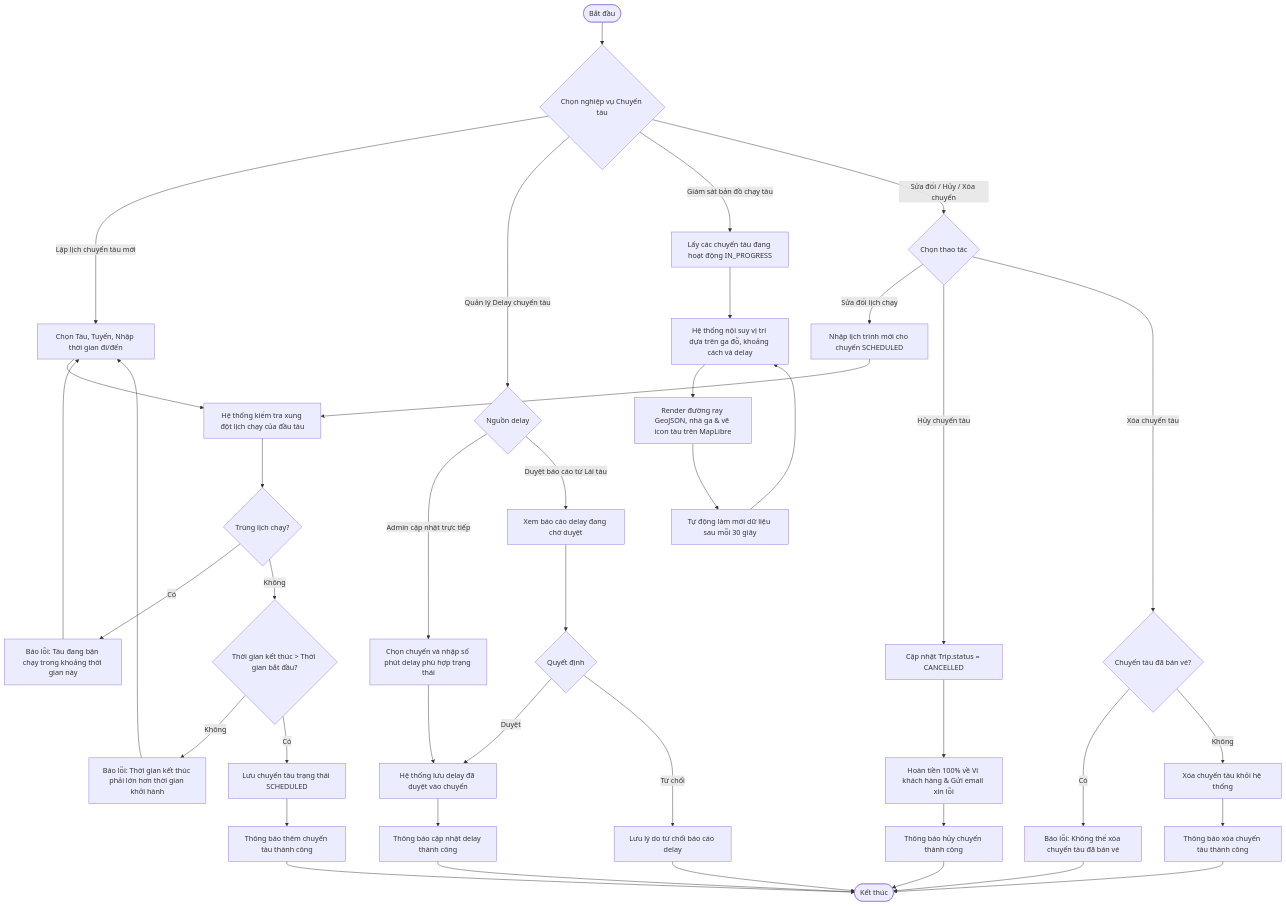
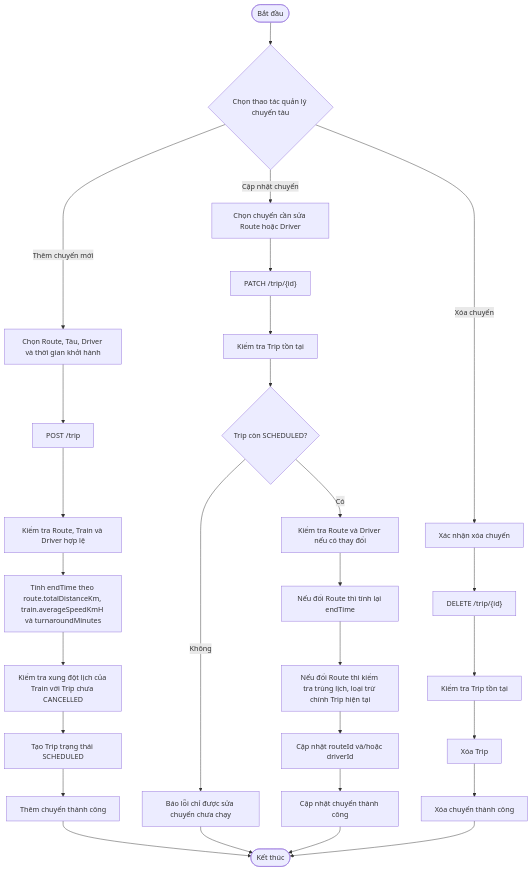
One commit to letungduong24/train-booking changed diagram 16 of 21 in diagrams/activities/activity-diagrams.md. Above: the diagram before and after it, drawn with Mermaid. The commit also changed other lines of this file and 29 other files, not shown here.

````diff
--- a/diagrams/activities/activity-diagrams.md
+++ b/diagrams/activities/activity-diagrams.md
@@ -299,60 +297,33 @@
 ```mermaid
 flowchart TD
-    Start([Bắt đầu]) --> ChooseAction{Chọn nghiệp vụ Chuyến tàu}
-    
-    %% Lập lịch Chuyến tàu
-    ChooseAction -->|Lập lịch chuyến tàu mới| CreateTrip[Chọn Tàu, Tuyến, Nhập thời gian đi/đến]
-    CreateTrip --> CheckConflict[Hệ thống kiểm tra xung đột lịch chạy của đầu tàu]
-    CheckConflict --> IsConflict{Trùng lịch chạy?}
-    
-    IsConflict -->|Có| ShowConflictError[Báo lỗi: Tàu đang bận chạy trong khoảng thời gian này]
-    ShowConflictError --> CreateTrip
-    
-    IsConflict -->|Không| CheckTime{Thời gian kết thúc > Thời gian bắt đầu?}
-    
-    CheckTime -->|Không| ShowTimeError[Báo lỗi: Thời gian kết thúc phải lớn hơn thời gian khởi hành]
-    ShowTimeError --> CreateTrip
-    
-    CheckTime -->|Có| SaveTrip[Lưu chuyến tàu trạng thái SCHEDULED]
-    SaveTrip --> SuccessTrip[Thông báo thêm chuyến tàu thành công]
+    Start([Bắt đầu]) --> ChooseAction{Chọn thao tác quản lý chuyến tàu}
+
+    ChooseAction -->|Thêm chuyến mới| CreateTrip[Chọn Route, Tàu, Driver và thời gian khởi hành]
+    CreateTrip --> PostTrip["POST /trip"]
+    PostTrip --> ValidateTrip[Kiểm tra Route, Train và Driver hợp lệ]
+    ValidateTrip --> CalcEndTime[Tính endTime theo route.totalDistanceKm, train.averageSpeedKmH và turnaroundMinutes]
+    CalcEndTime --> CheckConflict[Kiểm tra xung đột lịch của Train với Trip chưa CANCELLED]
+    CheckConflict --> SaveTrip[Tạo Trip trạng thái SCHEDULED]
+    SaveTrip --> SuccessTrip[Thêm chuyến thành công]
     SuccessTrip --> End([Kết thúc])
-    
-    %% Cập nhật / Duyệt Delay
-    ChooseAction -->|Quản lý Delay chuyến tàu| DelayMode{Nguồn delay}
-    DelayMode -->|Admin cập nhật trực tiếp| SelectTripDelay[Chọn chuyến và nhập số phút delay phù hợp trạng thái]
-    SelectTripDelay --> SaveDelay[Hệ thống lưu delay đã duyệt vào chuyến]
-    DelayMode -->|Duyệt báo cáo từ Lái tàu| ReviewDelayReport[Xem báo cáo delay đang chờ duyệt]
-    ReviewDelayReport --> DecideDelay{Quyết định}
-    DecideDelay -->|Duyệt| SaveDelay
-    DecideDelay -->|Từ chối| RejectDelay[Lưu lý do từ chối báo cáo delay]
-    RejectDelay --> End
-    SaveDelay --> SuccessDelay[Thông báo cập nhật delay thành công]
-    SuccessDelay --> End
-    
-    %% Giám sát GPS GIS
-    ChooseAction -->|Giám sát bản đồ chạy tàu| FetchLiveTrips[Lấy các chuyến tàu đang hoạt động IN_PROGRESS]
-    FetchLiveTrips --> CalcGPS[Hệ thống nội suy vị trí dựa trên ga đỗ, khoảng cách và delay]
-    CalcGPS --> RenderMap[Render đường ray GeoJSON, nhà ga & vẽ icon tàu trên MapLibre]
-    RenderMap --> RefreshInterval[Tự động làm mới dữ liệu sau mỗi 30 giây]
-    RefreshInterval --> CalcGPS
-    
-    %% Sửa đổi/Hủy/Xóa
-    ChooseAction -->|Sửa đổi / Hủy / Xóa chuyến| ManageTrip{Chọn thao tác}
-    
-    ManageTrip -->|Sửa đổi lịch chạy| EditTrip[Nhập lịch trình mới cho chuyến SCHEDULED]
-    EditTrip --> CheckConflict
-    
-    ManageTrip -->|Hủy chuyến tàu| CancelTrip[Cập nhật Trip.status = CANCELLED]
-    CancelTrip --> RefundTickets[Hoàn tiền 100% về Ví khách hàng & Gửi email xin lỗi]
-    RefundTickets --> SuccessCancel[Thông báo hủy chuyến thành công]
-    SuccessCancel --> End
-    
-    ManageTrip -->|Xóa chuyến tàu| CheckTicketsSold{Chuyến tàu đã bán vé?}
-    
-    CheckTicketsSold -->|Có| DeleteTripError[Báo lỗi: Không thể xóa chuyến tàu đã bán vé]
-    DeleteTripError --> End
-    
-    CheckTicketsSold -->|Không| ProceedDeleteTrip[Xóa chuyến tàu khỏi hệ thống]
-    ProceedDeleteTrip --> SuccessDeleteTrip[Thông báo xóa chuyến tàu thành công]
+
+    ChooseAction -->|Cập nhật chuyến| EditTrip[Chọn chuyến cần sửa Route hoặc Driver]
+    EditTrip --> PatchTrip["PATCH /trip/{id}"]
+    PatchTrip --> CheckTripExists[Kiểm tra Trip tồn tại]
+    CheckTripExists --> CheckScheduled{Trip còn SCHEDULED?}
+    CheckScheduled -->|Không| RejectUpdate[Báo lỗi chỉ được sửa chuyến chưa chạy]
+    RejectUpdate --> End
+    CheckScheduled -->|Có| ValidateUpdate[Kiểm tra Route và Driver nếu có thay đổi]
+    ValidateUpdate --> RecalcEndTime[Nếu đổi Route thì tính lại endTime]
+    RecalcEndTime --> CheckUpdateConflict[Nếu đổi Route thì kiểm tra trùng lịch, loại trừ chính Trip hiện tại]
+    CheckUpdateConflict --> SaveUpdate[Cập nhật routeId và/hoặc driverId]
+    SaveUpdate --> SuccessUpdate[Cập nhật chuyến thành công]
+    SuccessUpdate --> End
+
+    ChooseAction -->|Xóa chuyến| ConfirmDeleteTrip[Xác nhận xóa chuyến]
+    ConfirmDeleteTrip --> DeleteTrip["DELETE /trip/{id}"]
+    DeleteTrip --> CheckDeleteTrip[Kiểm tra Trip tồn tại]
+    CheckDeleteTrip --> ProceedDeleteTrip[Xóa Trip]
+    ProceedDeleteTrip --> SuccessDeleteTrip[Xóa chuyến thành công]
     SuccessDeleteTrip --> End
 ```
````
